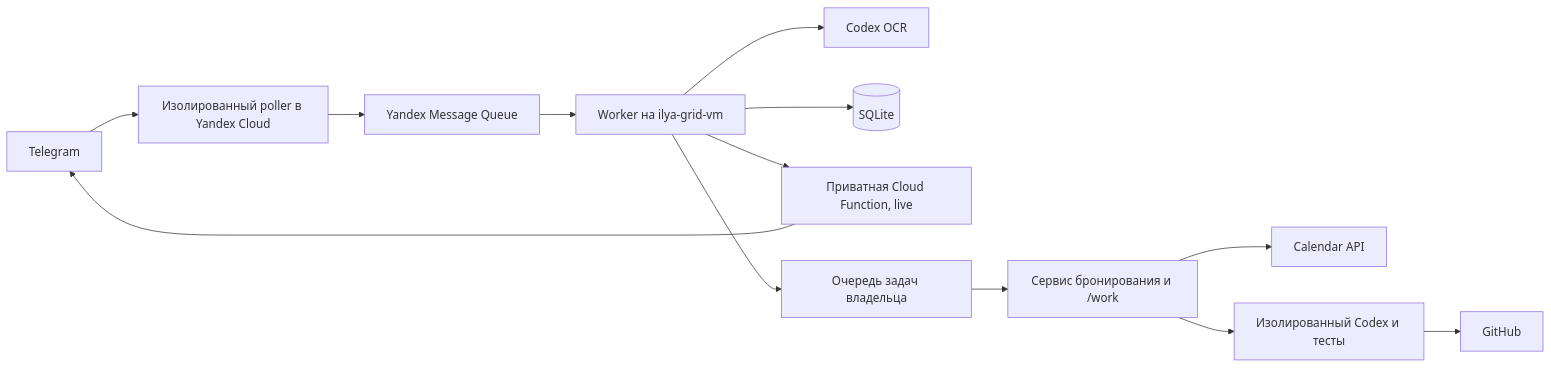
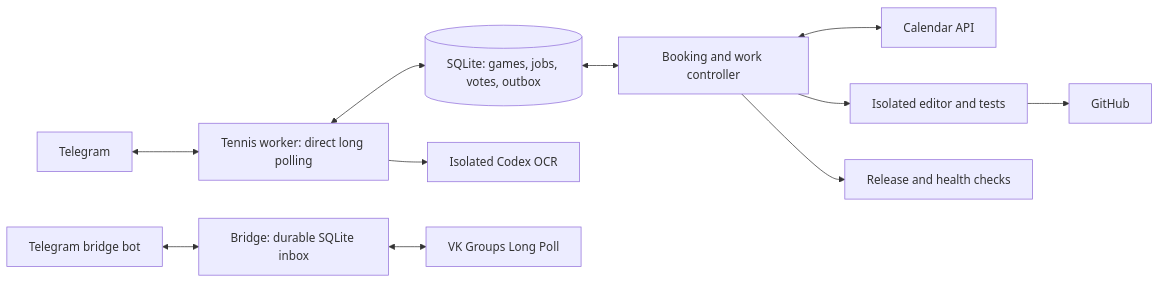
Before and after one commit to Ilya1510/tt-rating-bot: the diagram in README.md, drawn with Mermaid. The commit also changed other lines of this file and 1 other file, not shown here.

Commit message:
Write bilingual README with current architecture and archive legacy guide

````diff
--- a/README.md
+++ b/README.md
@@ -20,15 +45,13 @@
 ```mermaid
 flowchart LR
-  TG[Telegram] --> P[Изолированный poller в Yandex Cloud]
-  P --> Q[Yandex Message Queue]
-  Q --> W[Worker на ilya-grid-vm]
-  W --> OCR[Codex OCR]
-  W --> DB[(SQLite)]
-  W --> CF[Приватная Cloud Function, live]
-  CF --> TG
-  W --> O[Очередь задач владельца]
-  O --> M[Сервис бронирования и /work]
-  M --> CAL[Calendar API]
-  M --> CODE[Изолированный Codex и тесты]
+  TG[Telegram] <--> W[Tennis worker: direct long polling]
+  W <--> DB[(SQLite: games, jobs, votes, outbox)]
+  W --> OCR[Isolated Codex OCR]
+  DB <--> M[Booking and work controller]
+  M <--> CAL[Calendar API]
+  M --> CODE[Isolated editor and tests]
   CODE --> GH[GitHub]
+  M --> DEPLOY[Release and health checks]
+  BTG[Telegram bridge bot] <--> B[Bridge: durable SQLite inbox]
+  B <--> VK[VK Groups Long Poll]
 ```
````
